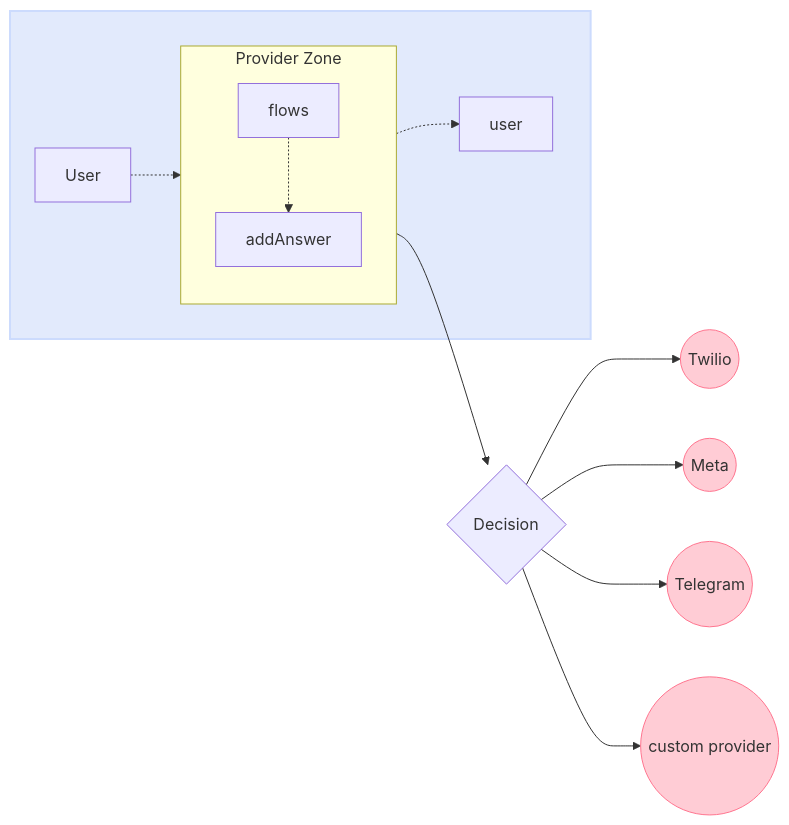
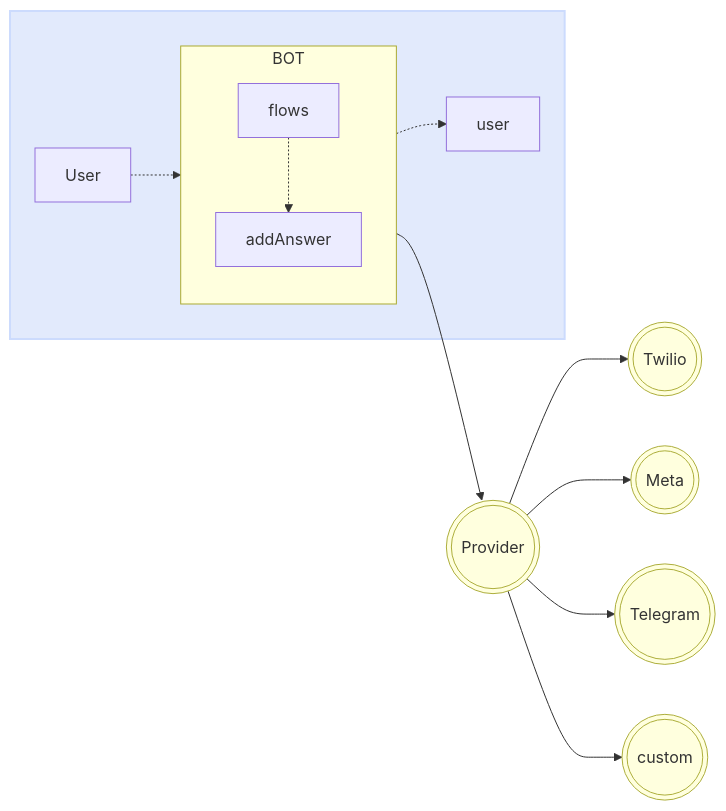
One commit to codigoencasa/documentation changed the diagram in src/pages/en/providers/index.mdx. Above: the diagram before and after it, drawn with Mermaid. The commit also changed 2 other files, not shown here.

Commit message:
docs: database

````diff
--- a/src/pages/en/providers/index.mdx
+++ b/src/pages/en/providers/index.mdx
@@ -18,28 +18,29 @@
 ```mermaid
 flowchart LR
       subgraph sub1[ ]
         style sub1 fill:#e2eafc,stroke:#ccdbfd,stroke-width:2px
-        subgraph wsProvider[Provider Zone]
+        subgraph wsProvider[BOT]
             direction TB
             top1["flows"] -.-> bottom1[addAnswer]
         end
         User -.-> top1
         bottom1 -.-> user
       end
-        zn1((Twilio))
-        zn2((Meta))
-        zn3((Telegram))
-        zn4((custom provider))
+        zn1(((Twilio)))
+        zn2(((Meta)))
+        zn3(((Telegram)))
+        zn4(((custom)))
 
-        wsProvider --> C{Decision}
+        wsProvider --> C(((Provider)))
         C --> zn1
         C --> zn2
         C --> zn3
         C --> zn4
 
-        style zn1 fill:#ffccd5,stroke:#ff758f,stroke-width:1px
-        style zn2 fill:#ffccd5,stroke:#ff758f,stroke-width:1px
-        style zn3 fill:#ffccd5,stroke:#ff758f,stroke-width:1px
-        style zn4 fill:#ffccd5,stroke:#ff758f,stroke-width:1px
+        style C fill:#FFFFDE,stroke:#ADAE3C,stroke-width:1px
+        style zn1 fill:#FFFFDE,stroke:#ADAE3C,stroke-width:1px
+        style zn2 fill:#FFFFDE,stroke:#ADAE3C,stroke-width:1px
+        style zn3 fill:#FFFFDE,stroke:#ADAE3C,stroke-width:1px
+        style zn4 fill:#FFFFDE,stroke:#ADAE3C,stroke-width:1px
 
 ```
````
